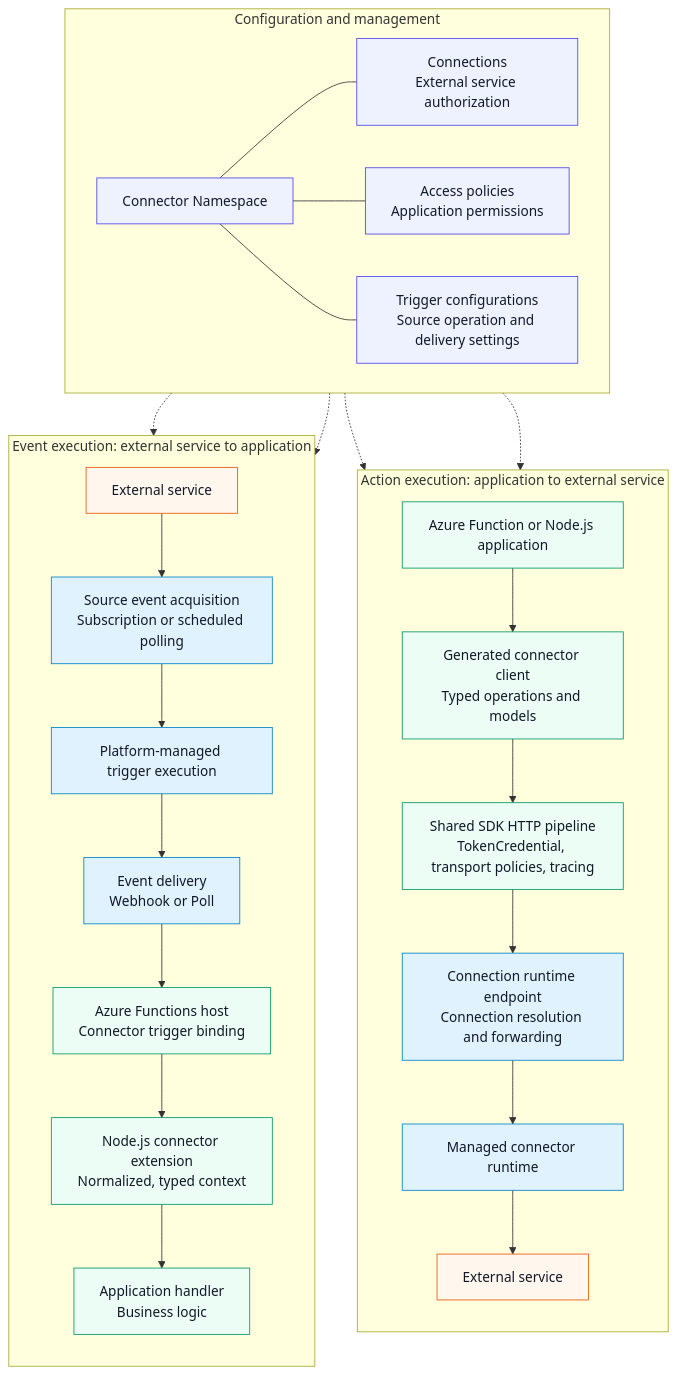
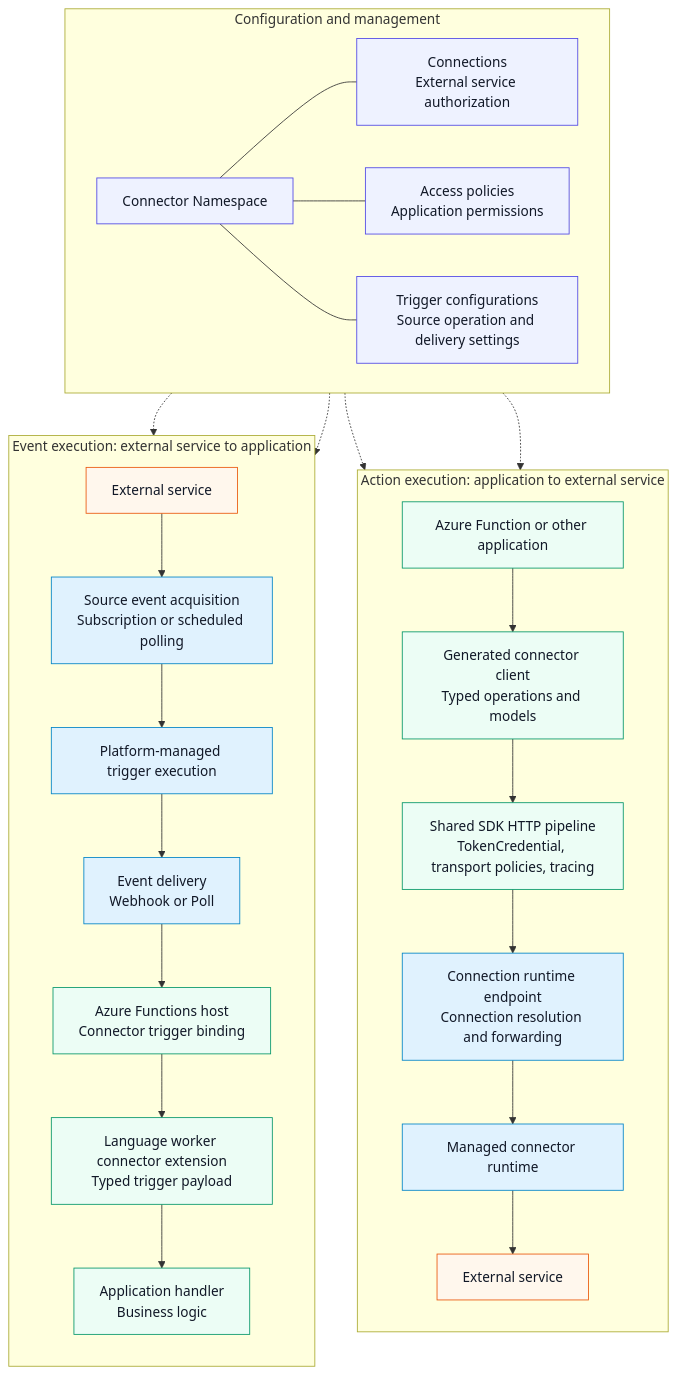
One commit to Azure/Connectors-NodeJS-SDK changed the first of 4 diagrams in docs/blogs/connectors-functions-architecture.md. Above: the diagram before and after it, drawn with Mermaid. The commit also changed other lines of this file, not shown here.

Commit message:
Removing Node.JS acronym

````diff
--- a/docs/blogs/connectors-functions-architecture.md
+++ b/docs/blogs/connectors-functions-architecture.md
@@ -21,50 +21,50 @@
 ```mermaid
 flowchart TB
     subgraph CONFIG["Configuration and management"]
         direction LR
         NS["Connector Namespace"]
         CONN["Connections<br/>External service authorization"]
         POLICY["Access policies<br/>Application permissions"]
         TRIGGER["Trigger configurations<br/>Source operation and delivery settings"]
         NS --- CONN
         NS --- POLICY
         NS --- TRIGGER
     end
 
     subgraph ACTION["Action execution: application to external service"]
         direction TB
-        APP["Azure Function or Node.js application"]
+        APP["Azure Function or other application"]
         CLIENT["Generated connector client<br/>Typed operations and models"]
         HTTP["Shared SDK HTTP pipeline<br/>TokenCredential, transport policies, tracing"]
         PROXY["Connection runtime endpoint<br/>Connection resolution and forwarding"]
         RUNTIME["Managed connector runtime"]
         TARGET["External service"]
         APP --> CLIENT --> HTTP --> PROXY --> RUNTIME --> TARGET
     end
 
     subgraph EVENTS["Event execution: external service to application"]
         direction TB
         SOURCE["External service"]
         ACQUIRE["Source event acquisition<br/>Subscription or scheduled polling"]
         EXECUTE["Platform-managed trigger execution"]
         DELIVERY["Event delivery<br/>Webhook or Poll"]
         HOST["Azure Functions host<br/>Connector trigger binding"]
-        WRAPPER["Node.js connector extension<br/>Normalized, typed context"]
+        WRAPPER["Language worker connector extension<br/>Typed trigger payload"]
         HANDLER["Application handler<br/>Business logic"]
         SOURCE --> ACQUIRE --> EXECUTE --> DELIVERY --> HOST --> WRAPPER --> HANDLER
     end
 
     CONN -.-> PROXY
     POLICY -.-> PROXY
     CONN -.-> EXECUTE
     TRIGGER -.-> EXECUTE
 
     classDef config fill:#eef2ff,stroke:#4f46e5,color:#111827;
     classDef platform fill:#e0f2fe,stroke:#0284c7,color:#111827;
     classDef application fill:#ecfdf5,stroke:#059669,color:#111827;
     classDef external fill:#fff7ed,stroke:#ea580c,color:#111827;
     class NS,CONN,POLICY,TRIGGER config;
     class PROXY,RUNTIME,ACQUIRE,EXECUTE,DELIVERY platform;
     class APP,CLIENT,HTTP,HOST,WRAPPER,HANDLER application;
     class SOURCE,TARGET external;
 ```
````
